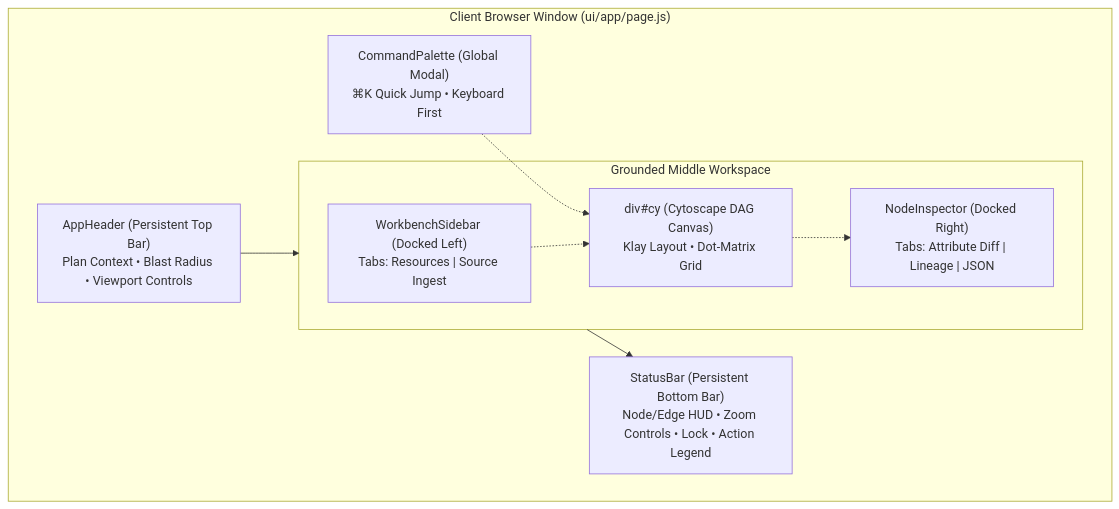
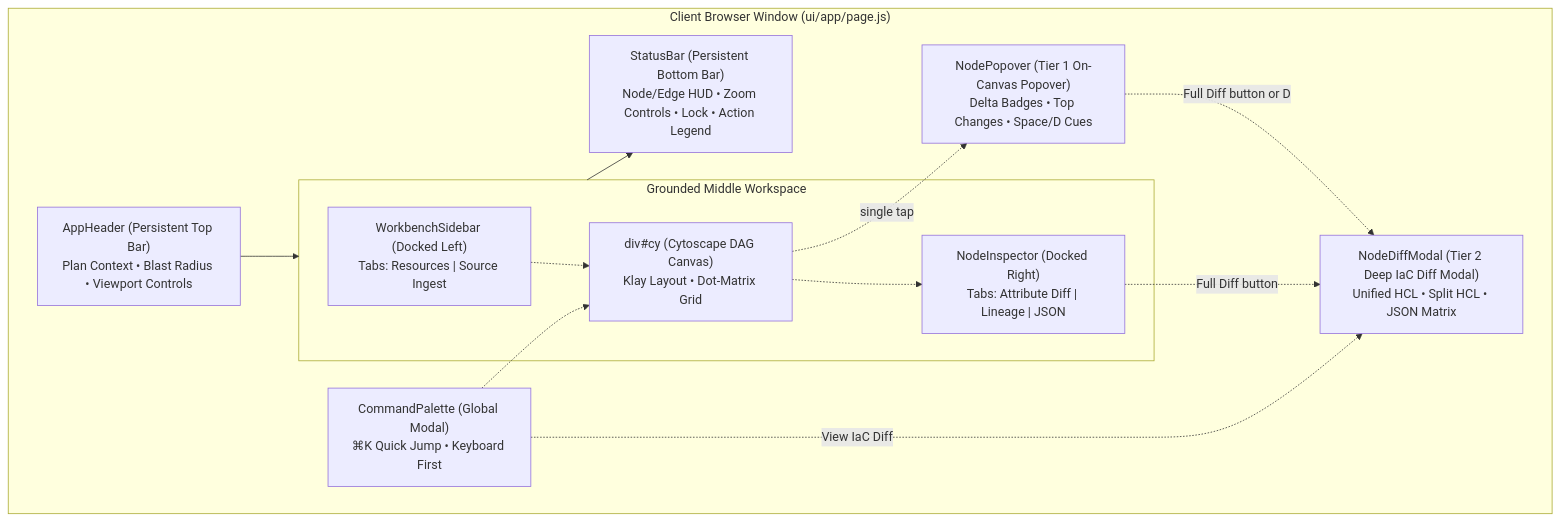
Before and after one commit to AatirNadim/plan-parse: the first of 2 diagrams in ui/README.md, drawn with Mermaid. The commit also changed other lines of this file and 5 other files, not shown here.

Commit message:
feat: implement 2-tier IaC diff system with NodePopover and NodeDiffModal, enhancing user experience for resource change inspection

````diff
--- a/ui/README.md
+++ b/ui/README.md
@@ -17,21 +17,27 @@
 ```mermaid
 flowchart TD
     subgraph Browser["Client Browser Window (ui/app/page.js)"]
         Header["AppHeader (Persistent Top Bar)<br/>Plan Context • Blast Radius • Viewport Controls"]
 
         subgraph WorkbenchBody["Grounded Middle Workspace"]
             Sidebar["WorkbenchSidebar (Docked Left)<br/>Tabs: Resources | Source Ingest"]
             Canvas["div#cy (Cytoscape DAG Canvas)<br/>Klay Layout • Dot-Matrix Grid"]
             Inspector["NodeInspector (Docked Right)<br/>Tabs: Attribute Diff | Lineage | JSON"]
         end
 
+        Popover["NodePopover (Tier 1 On-Canvas Popover)<br/>Delta Badges • Top Changes • Space/D Cues"]
+        DiffModal["NodeDiffModal (Tier 2 Deep IaC Diff Modal)<br/>Unified HCL • Split HCL • JSON Matrix"]
         Status["StatusBar (Persistent Bottom Bar)<br/>Node/Edge HUD • Zoom Controls • Lock • Action Legend"]
         Palette["CommandPalette (Global Modal)<br/>⌘K Quick Jump • Keyboard First"]
 
         Header --> WorkbenchBody
         WorkbenchBody --> Status
         Sidebar -.-> Canvas
         Canvas -.-> Inspector
+        Canvas -.->|single tap| Popover
+        Popover -.->|Full Diff button or D| DiffModal
+        Inspector -.->|Full Diff button| DiffModal
         Palette -.-> Canvas
+        Palette -.->|View IaC Diff| DiffModal
     end
 ```
````
